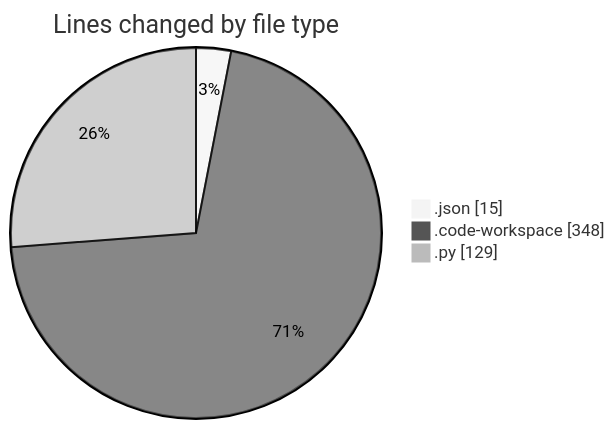
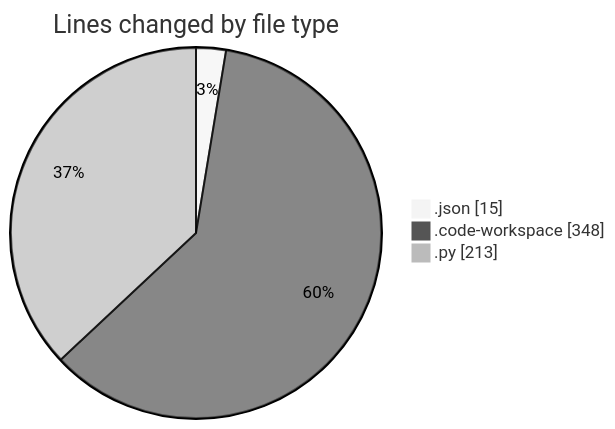
Before and after one commit to MatusMokan/code-tracking: the first of 2 diagrams in 2025-02-25/myws__workspace_/README.md, drawn with Mermaid (neutral theme). The commit also changed other lines of this file and 1 other file, not shown here.

````diff
--- a/2025-02-25/myws__workspace_/README.md
+++ b/2025-02-25/myws__workspace_/README.md
@@ -22,7 +23,7 @@
 ```mermaid
 pie showData
 title Lines changed by file type
 ".json" : 15
 ".code-workspace" : 348
-".py" : 129
+".py" : 213
 ```
````
